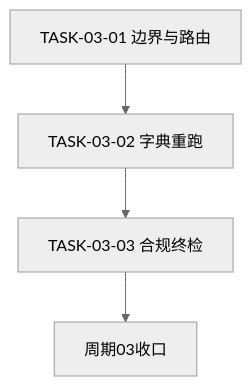
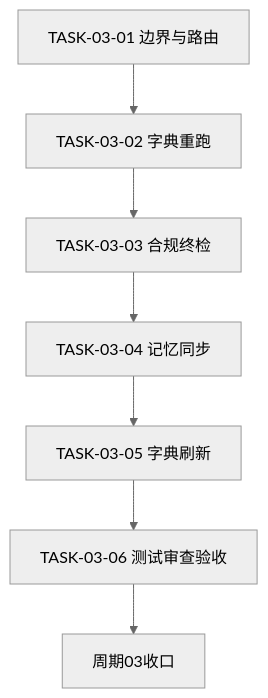
Before and after one commit to luode0320/luode-skills: the first of 2 diagrams in doc/3-实施/2026-07-13_174006_代码风格体系反馈驱动持续迭代_实施周期03_边界路由与收口.md, drawn with Mermaid (neutral theme). The commit also changed other lines of this file and 3 other files, not shown here.

````diff
--- a/doc/3-实施/2026-07-13_174006_代码风格体系反馈驱动持续迭代_实施周期03_边界路由与收口.md
+++ b/doc/3-实施/2026-07-13_174006_代码风格体系反馈驱动持续迭代_实施周期03_边界路由与收口.md
@@ -88,6 +141,9 @@
 ```mermaid
 flowchart TD
     T1[TASK-03-01 边界与路由] --> T2[TASK-03-02 字典重跑]
     T2 --> T3[TASK-03-03 合规终检]
-    T3 --> DONE[周期03收口]
+    T3 --> T4[TASK-03-04 记忆同步]
+    T4 --> T5[TASK-03-05 字典刷新]
+    T5 --> T6[TASK-03-06 测试审查验收]
+    T6 --> DONE[周期03收口]
 ```
````
